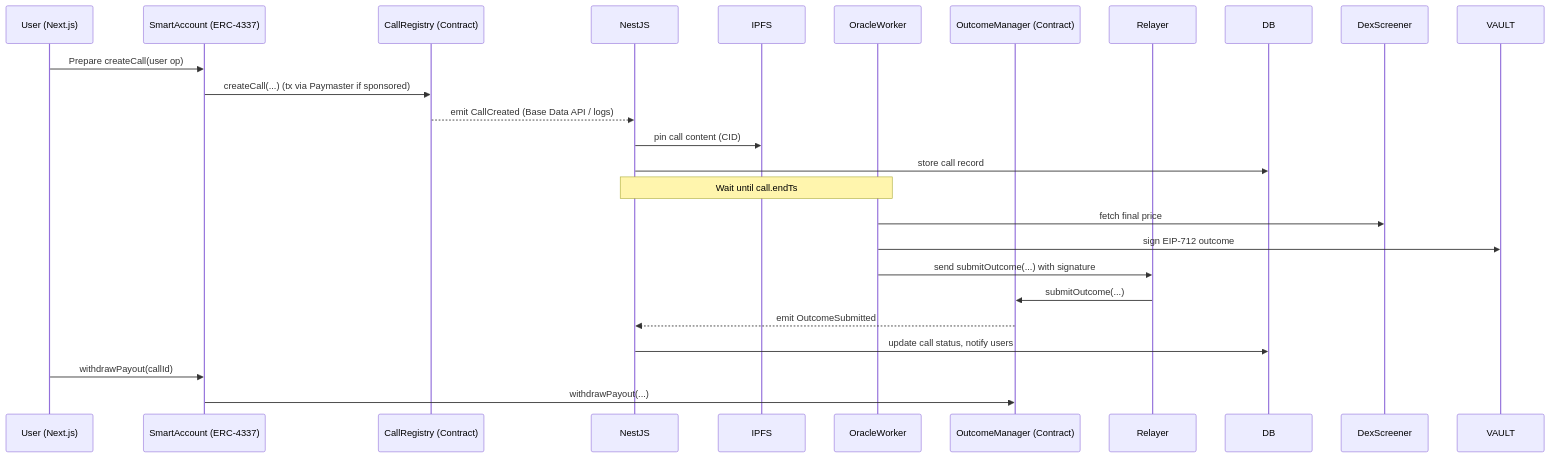
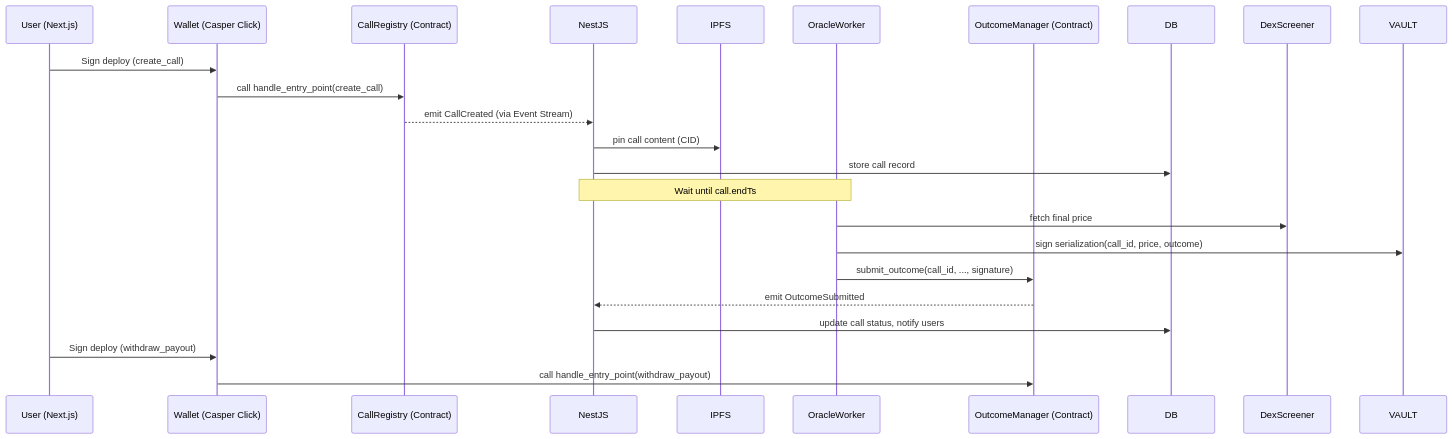
The second of 2 diagrams in ARCHITECTURE.md (degenspot/BACKit-onCSPR), drawn with Mermaid before and after one commit. The commit also changed other lines of this file and 3 other files, not shown here.

````diff
--- a/ARCHITECTURE.md
+++ b/ARCHITECTURE.md
@@ -69,26 +68,24 @@
 ```mermaid
 sequenceDiagram
   participant U as User (Next.js)
-  participant AA as SmartAccount (ERC-4337)
+  participant W as Wallet (Casper Click)
   participant C as CallRegistry (Contract)
   participant N as NestJS
   participant IP as IPFS
   participant O as OracleWorker
   participant M as OutcomeManager (Contract)
-  participant R as Relayer
 
-  U->>AA: Prepare createCall(user op)
-  AA->>C: createCall(...) (tx via Paymaster if sponsored)
-  C-->>N: emit CallCreated (Base Data API / logs)
+  U->>W: Sign deploy (create_call)
+  W->>C: call handle_entry_point(create_call)
+  C-->>N: emit CallCreated (via Event Stream)
   N->>IP: pin call content (CID)
   N->>DB: store call record
   Note over N,O: Wait until call.endTs
   O->>DexScreener: fetch final price
-  O->>VAULT: sign EIP-712 outcome
-  O->>R: send submitOutcome(...) with signature
-  R->>M: submitOutcome(...)
+  O->>VAULT: sign serialization(call_id, price, outcome)
+  O->>M: submit_outcome(call_id, ..., signature)
   M-->>N: emit OutcomeSubmitted
   N->>DB: update call status, notify users
-  U->>AA: withdrawPayout(callId)
-  AA->>M: withdrawPayout(...)
+  U->>W: Sign deploy (withdraw_payout)
+  W->>M: call handle_entry_point(withdraw_payout)
 ```
````
